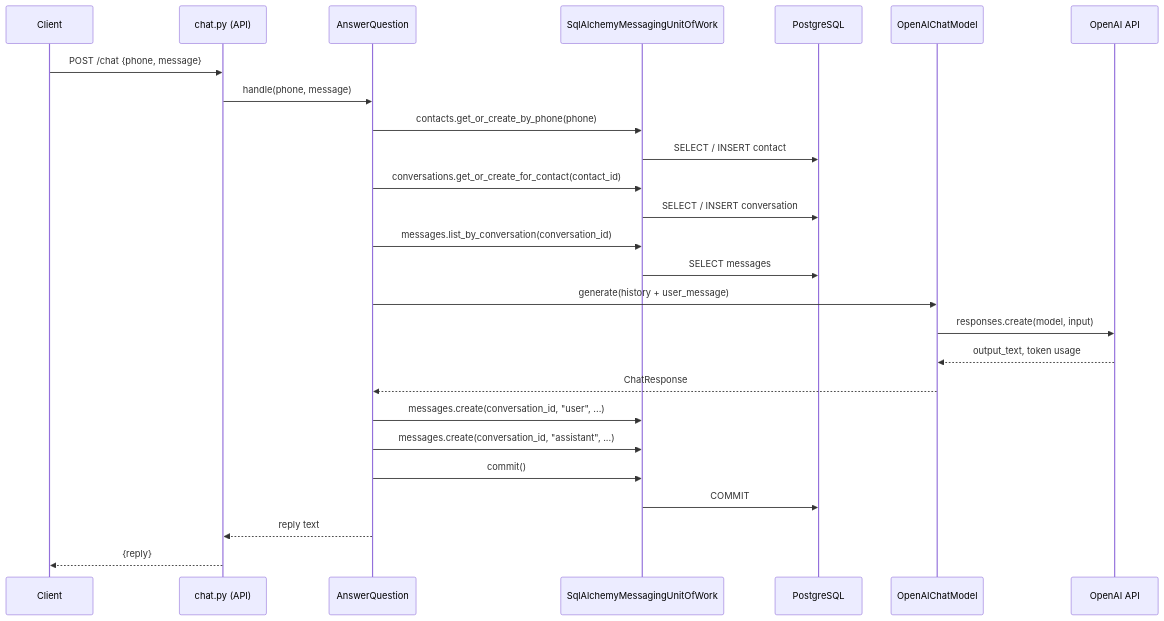
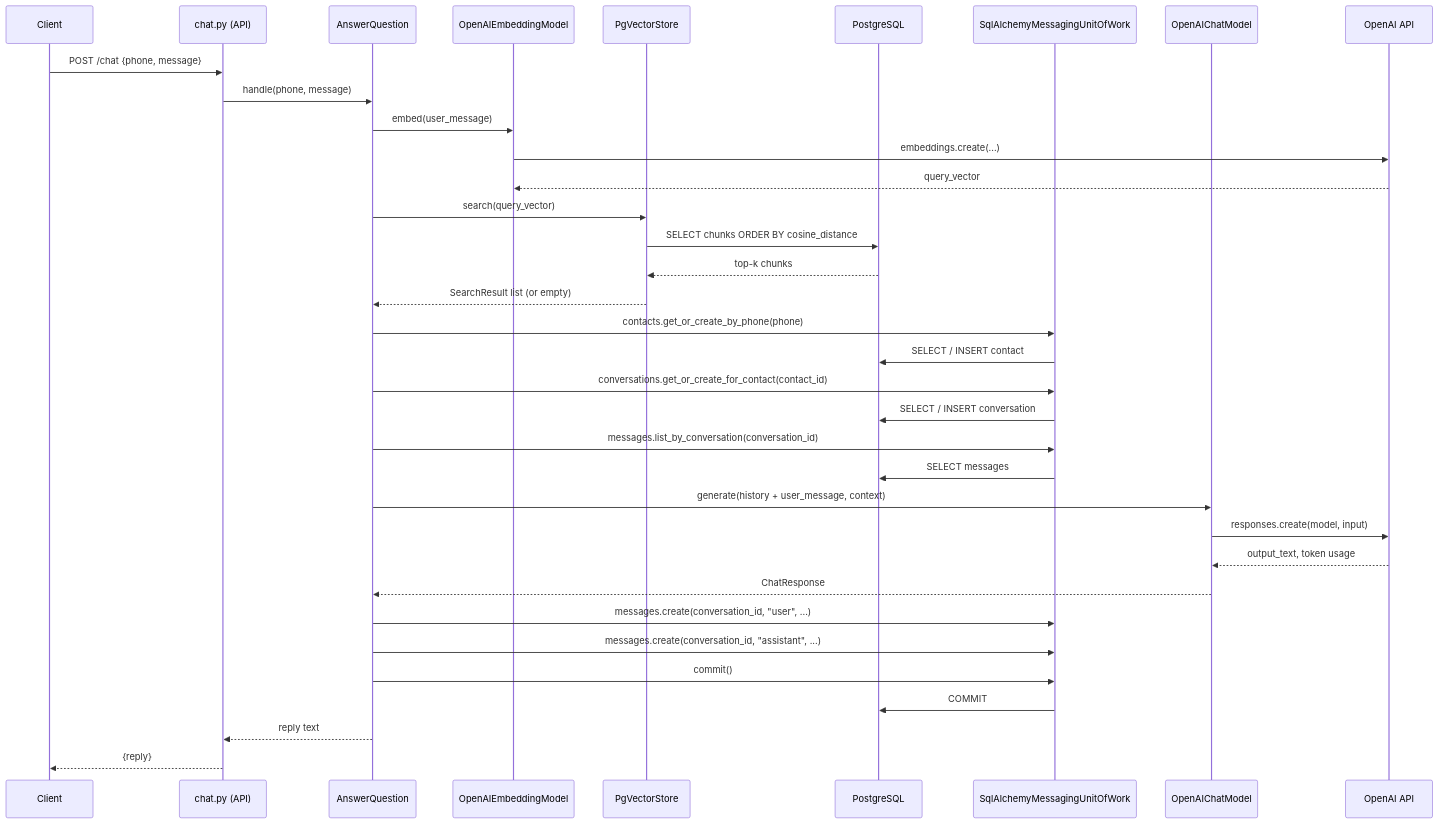
The first of 2 diagrams in docs/development.md (camercadop/knowledge-support-ai-agent), drawn with Mermaid before and after one commit. The commit also changed 5 other files, not shown here.

````diff
--- a/docs/development.md
+++ b/docs/development.md
@@ -126,29 +126,38 @@
 ```mermaid
 sequenceDiagram
     participant Client
     participant Router as chat.py (API)
     participant UC as AnswerQuestion
+    participant Embed as OpenAIEmbeddingModel
+    participant VS as PgVectorStore
+    participant DB as PostgreSQL
     participant UoW as SqlAlchemyMessagingUnitOfWork
-    participant DB as PostgreSQL
     participant LLM as OpenAIChatModel
     participant OpenAI as OpenAI API
 
     Client->>Router: POST /chat {phone, message}
     Router->>UC: handle(phone, message)
+    UC->>Embed: embed(user_message)
+    Embed->>OpenAI: embeddings.create(...)
+    OpenAI-->>Embed: query_vector
+    UC->>VS: search(query_vector)
+    VS->>DB: SELECT chunks ORDER BY cosine_distance
+    DB-->>VS: top-k chunks
+    VS-->>UC: SearchResult list (or empty)
     UC->>UoW: contacts.get_or_create_by_phone(phone)
     UoW->>DB: SELECT / INSERT contact
     UC->>UoW: conversations.get_or_create_for_contact(contact_id)
     UoW->>DB: SELECT / INSERT conversation
     UC->>UoW: messages.list_by_conversation(conversation_id)
     UoW->>DB: SELECT messages
-    UC->>LLM: generate(history + user_message)
+    UC->>LLM: generate(history + user_message, context)
     LLM->>OpenAI: responses.create(model, input)
     OpenAI-->>LLM: output_text, token usage
     LLM-->>UC: ChatResponse
     UC->>UoW: messages.create(conversation_id, "user", ...)
     UC->>UoW: messages.create(conversation_id, "assistant", ...)
     UC->>UoW: commit()
     UoW->>DB: COMMIT
     UC-->>Router: reply text
     Router-->>Client: {reply}
 ```
````
